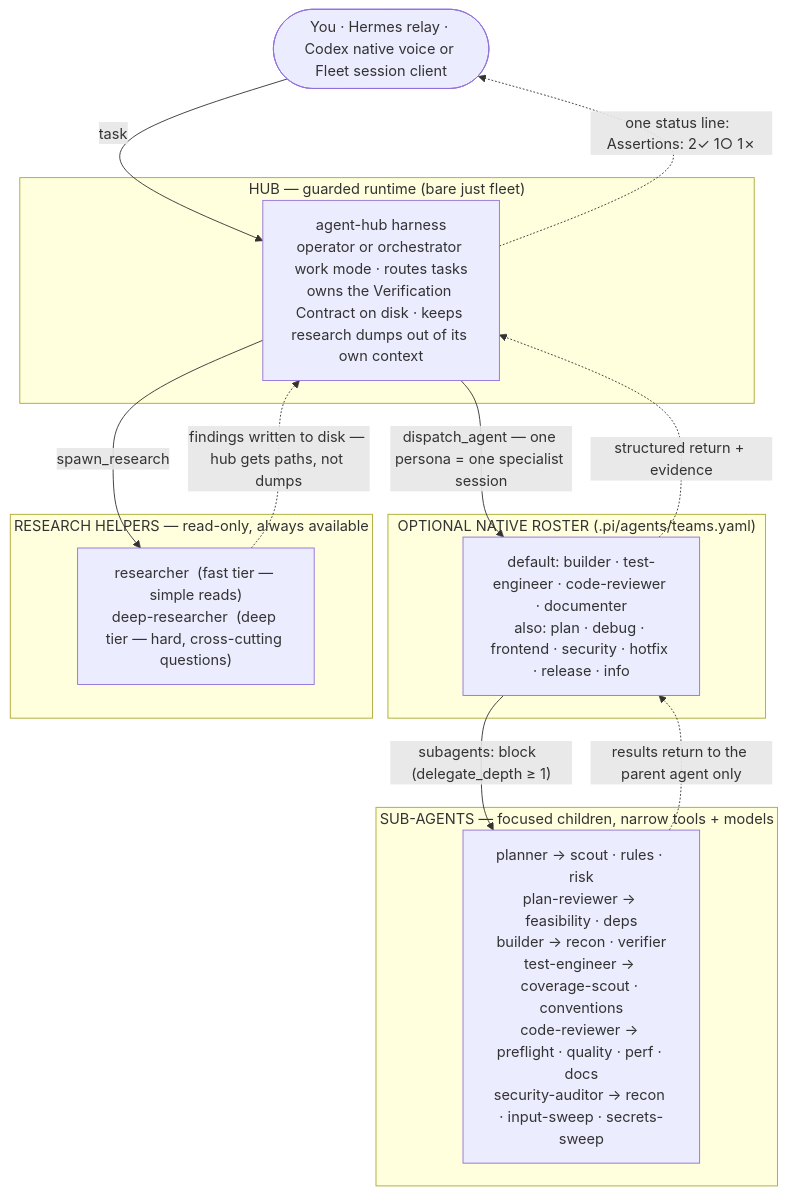
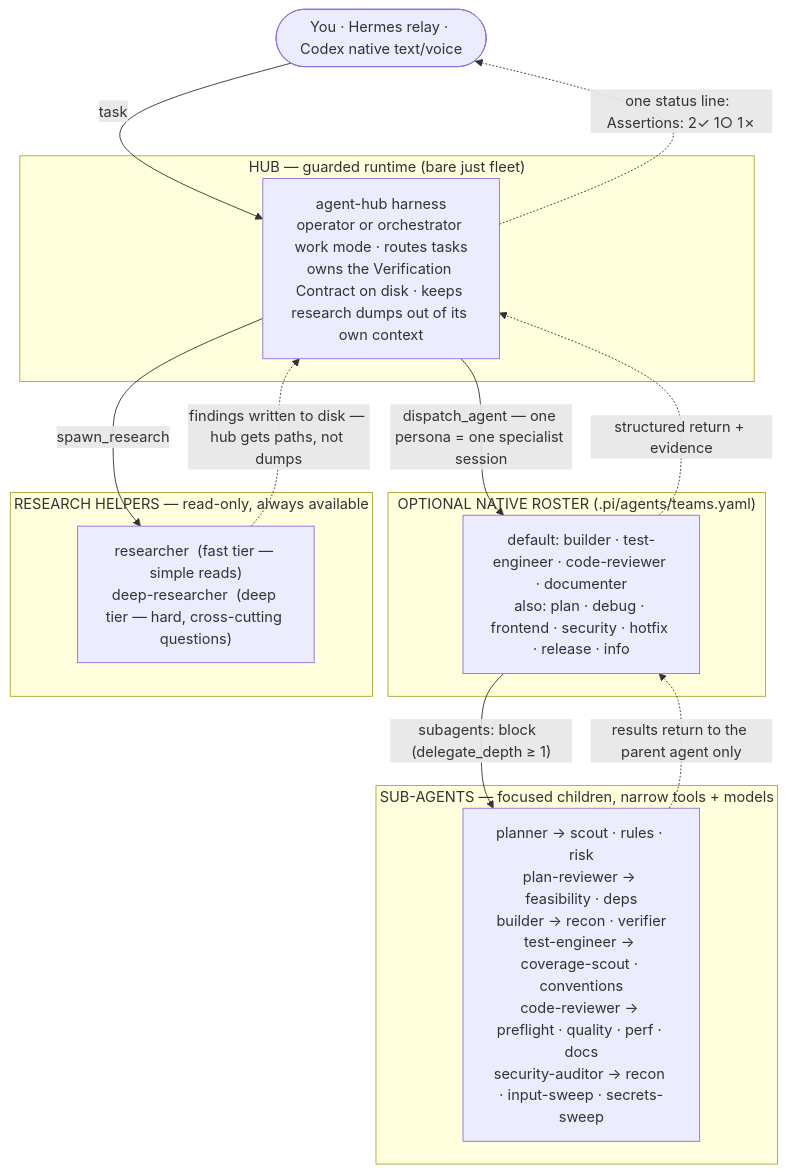
Before and after one commit to chankov/agent-fleet: the first of 2 diagrams in docs/ARCHITECTURE.md, drawn with Mermaid. The commit also changed other lines of this file and 60 other files, not shown here.

First line of the commit message:
Retire the Fleet Codex CLI in favor of native MCP

````diff
--- a/docs/ARCHITECTURE.md
+++ b/docs/ARCHITECTURE.md
@@ -176,29 +176,29 @@
 ```mermaid
 flowchart TD
-    You(["You · Hermes relay · Codex native voice or Fleet session client"])
+    You(["You · Hermes relay · Codex native text/voice"])
 
     subgraph HUBL["HUB — guarded runtime  (bare just fleet)"]
         Hub["agent-hub harness<br/>operator or orchestrator work mode · routes tasks<br/>owns the Verification Contract on disk · keeps research dumps out of its own context"]
     end
 
     subgraph TEAML["OPTIONAL NATIVE ROSTER  (.pi/agents/teams.yaml)"]
         Team["default: builder · test-engineer · code-reviewer · documenter<br/>also: plan · debug · frontend · security · hotfix · release · info"]
     end
 
     subgraph RESL["RESEARCH HELPERS — read-only, always available"]
         Research["researcher  (fast tier — simple reads)<br/>deep-researcher  (deep tier — hard, cross-cutting questions)"]
     end
 
     subgraph SUBL["SUB-AGENTS — focused children, narrow tools + models"]
         Subs["planner → scout · rules · risk<br/>plan-reviewer → feasibility · deps<br/>builder → recon · verifier<br/>test-engineer → coverage-scout · conventions<br/>code-reviewer → preflight · quality · perf · docs<br/>security-auditor → recon · input-sweep · secrets-sweep"]
     end
 
     You -->|task| Hub
     Hub -->|"dispatch_agent — one persona = one specialist session"| Team
     Hub -->|"spawn_research"| Research
     Research -.->|"findings written to disk — hub gets paths, not dumps"| Hub
     Team -->|"subagents: block  (delegate_depth ≥ 1)"| Subs
     Subs -.->|"results return to the parent agent only"| Team
     Team -.->|"structured return + evidence"| Hub
     Hub -.->|"one status line:  Assertions: 2✓ 1○ 1✗"| You
 ```
````
